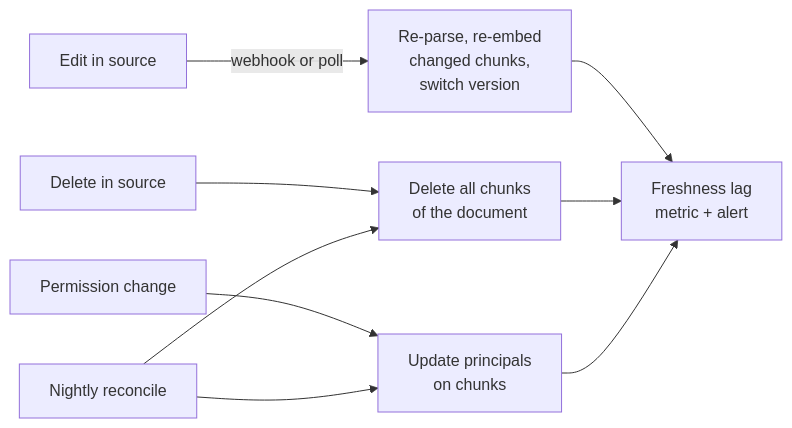
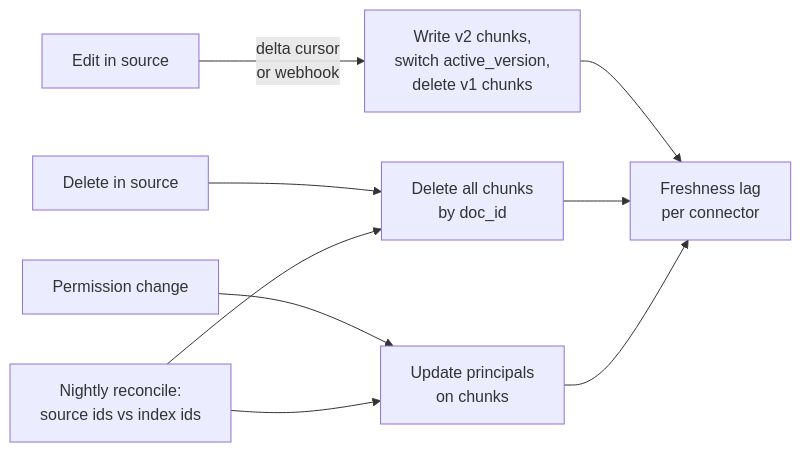
One commit to shubamchaudhary/CodeNITW changed the third of 3 diagrams in src/Data/aiStackDocs/DP-01.md. Above: the diagram before and after it, drawn with Mermaid. The commit also changed other lines of this file and 19 other files, not shown here.

````diff
--- a/src/Data/aiStackDocs/DP-01.md
+++ b/src/Data/aiStackDocs/DP-01.md
@@ -102,11 +134,11 @@
 ```mermaid
 flowchart LR
-    ED["Edit in source"] -->|"webhook or poll"| RE["Re-parse, re-embed<br/>changed chunks,<br/>switch version"]
-    DL["Delete in source"] --> RM["Delete all chunks<br/>of the document"]
+    ED["Edit in source"] -->|"delta cursor<br/>or webhook"| RE["Write v2 chunks,<br/>switch active_version,<br/>delete v1 chunks"]
+    DL["Delete in source"] --> RM["Delete all chunks<br/>by doc_id"]
     PC["Permission change"] --> UP["Update principals<br/>on chunks"]
-    NR["Nightly reconcile"] --> RM
+    NR["Nightly reconcile:<br/>source ids vs index ids"] --> RM
     NR --> UP
-    RE --> MON["Freshness lag<br/>metric + alert"]
+    RE --> MON["Freshness lag<br/>per connector"]
     RM --> MON
     UP --> MON
 ```
````
